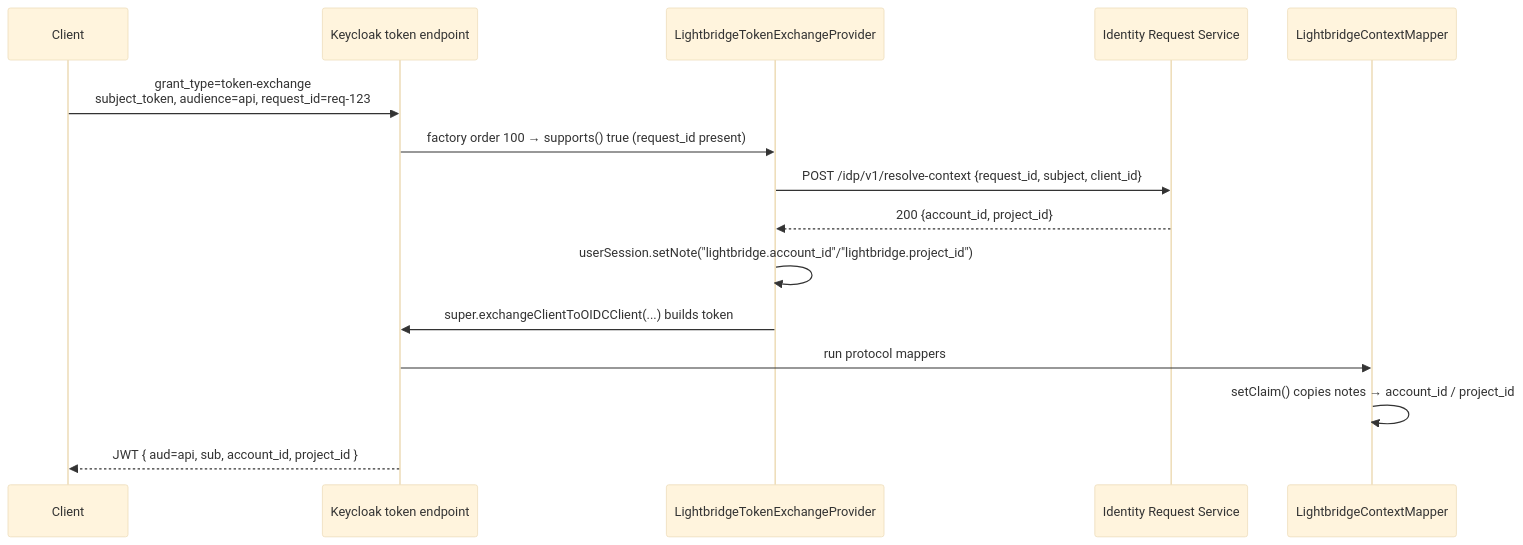
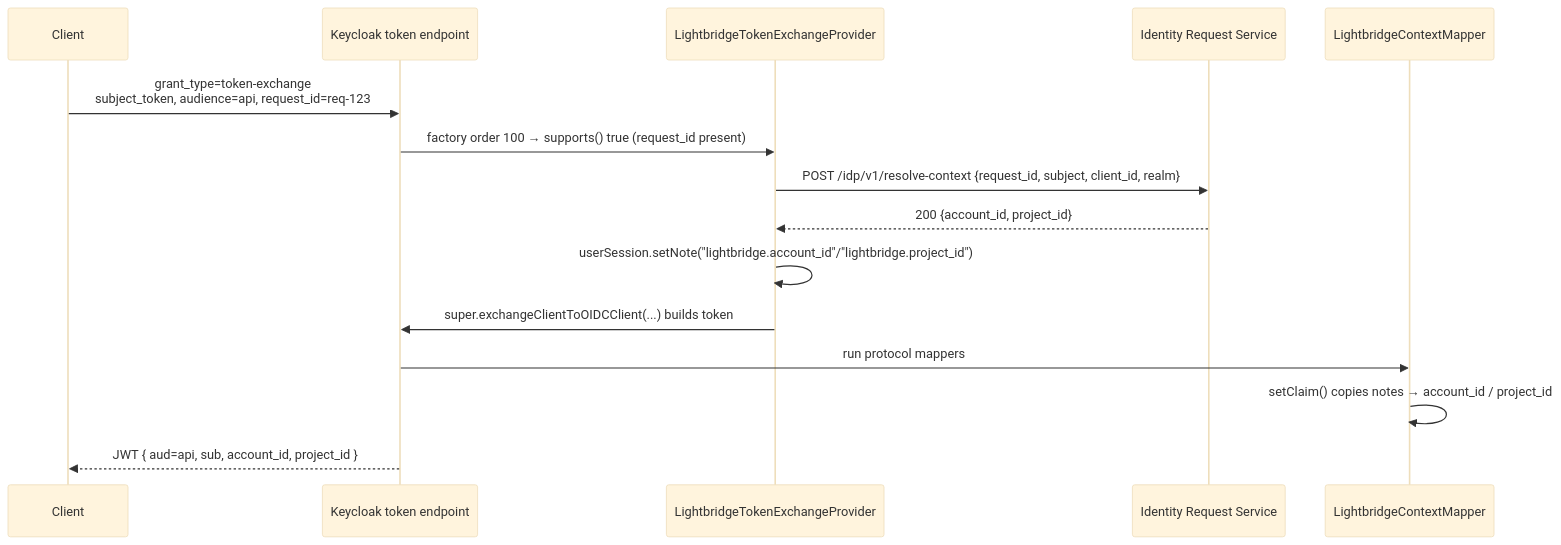
Before and after one commit to ADORSYS-GIS/lightbridge-keycloak-spi: the second of 2 diagrams in docs/architecture.md, drawn with Mermaid (base theme). The commit also changed 5 other files, not shown here.

First line of the commit message:
feat(context): send Keycloak realm in the resolution request

````diff
--- a/docs/architecture.md
+++ b/docs/architecture.md
@@ -29,18 +29,18 @@
 ```mermaid
 sequenceDiagram
     participant C as Client
     participant KC as Keycloak token endpoint
     participant TE as LightbridgeTokenExchangeProvider
     participant IRS as Identity Request Service
     participant PM as LightbridgeContextMapper
 
     C->>KC: grant_type=token-exchange<br/>subject_token, audience=api, request_id=req-123
     KC->>TE: factory order 100 → supports() true (request_id present)
-    TE->>IRS: POST /idp/v1/resolve-context {request_id, subject, client_id}
+    TE->>IRS: POST /idp/v1/resolve-context {request_id, subject, client_id, realm}
     IRS-->>TE: 200 {account_id, project_id}
     TE->>TE: userSession.setNote("lightbridge.account_id"/"lightbridge.project_id")
     TE->>KC: super.exchangeClientToOIDCClient(...) builds token
     KC->>PM: run protocol mappers
     PM->>PM: setClaim() copies notes → account_id / project_id
     KC-->>C: JWT { aud=api, sub, account_id, project_id }
 ```
````
